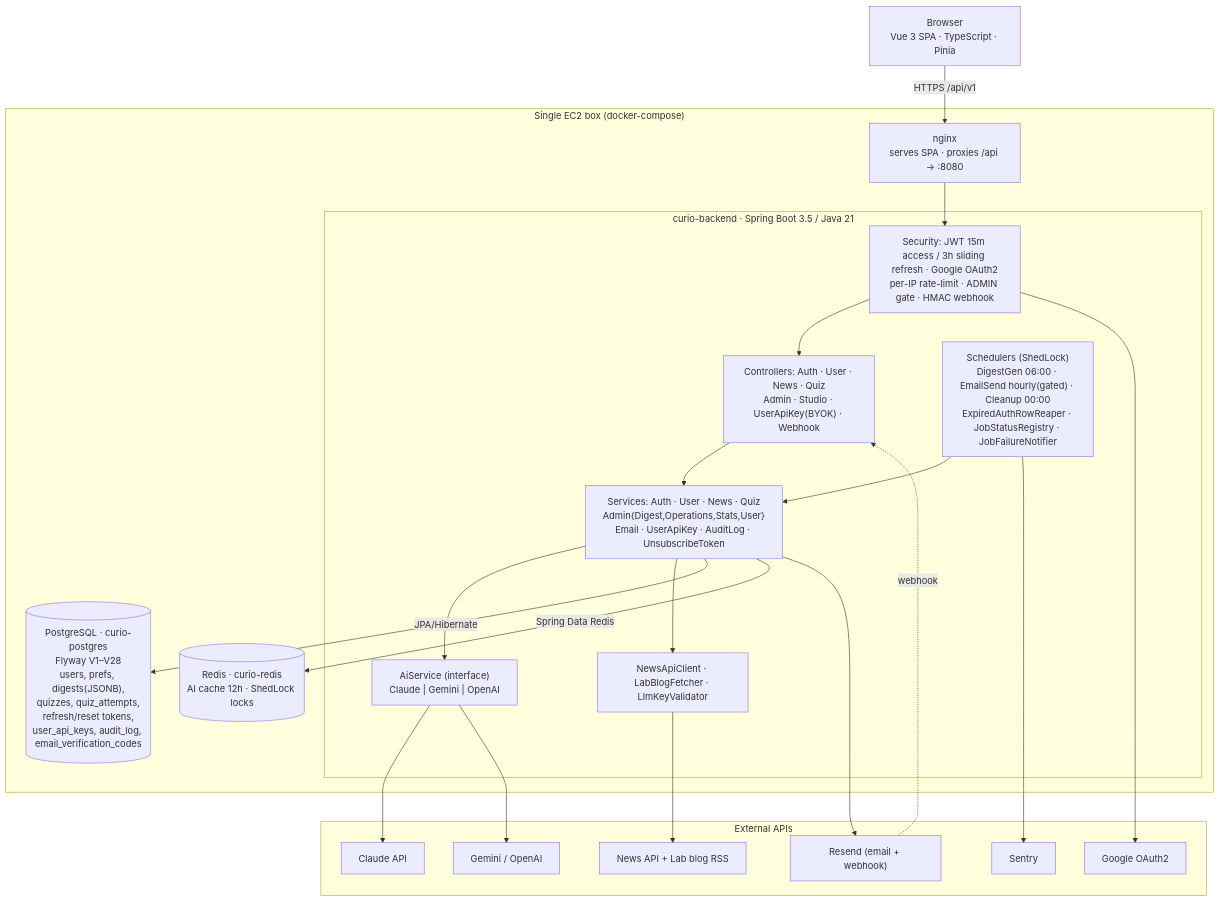
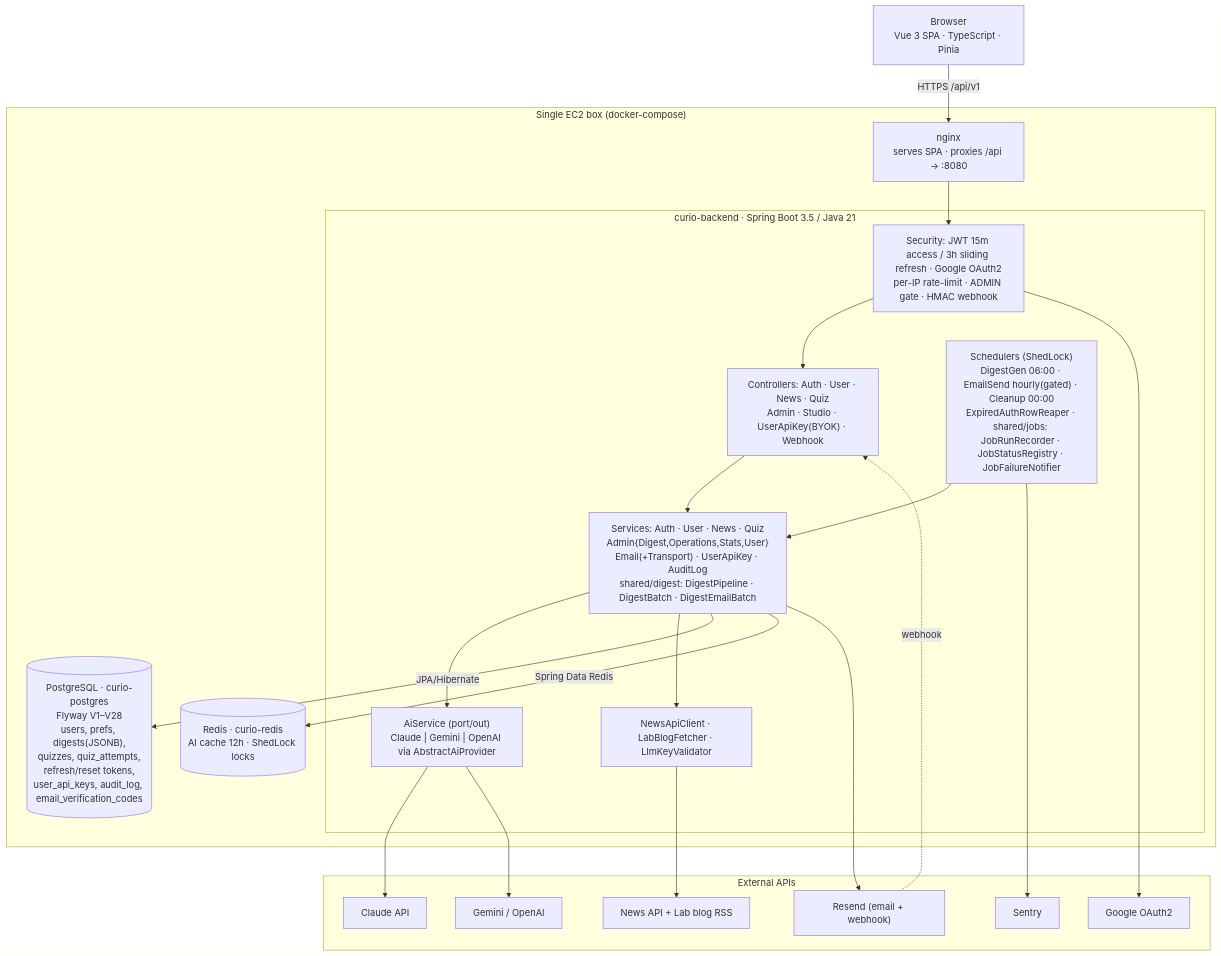
One commit to smyeong123/curio changed the diagram in docs/ARCHITECTURE.md. Above: the diagram before and after it, drawn with Mermaid. The commit also changed other lines of this file and 3 other files, not shown here.

Commit message:
docs: readability refactor — pipeline, jobs, email split, typed DTOs, test counts

````diff
--- a/docs/ARCHITECTURE.md
+++ b/docs/ARCHITECTURE.md
@@ -9,43 +9,43 @@
 ```mermaid
 flowchart TB
     Browser["Browser<br/>Vue 3 SPA · TypeScript · Pinia"]
 
     subgraph EC2["Single EC2 box (docker-compose)"]
         Nginx["nginx<br/>serves SPA · proxies /api → :8080"]
 
         subgraph Backend["curio-backend · Spring Boot 3.5 / Java 21"]
             Sec["Security: JWT 15m access / 3h sliding refresh · Google OAuth2<br/>per-IP rate-limit · ADMIN gate · HMAC webhook"]
             Ctrl["Controllers: Auth · User · News · Quiz<br/>Admin · Studio · UserApiKey(BYOK) · Webhook"]
-            Svc["Services: Auth · User · News · Quiz<br/>Admin{Digest,Operations,Stats,User}<br/>Email · UserApiKey · AuditLog · UnsubscribeToken"]
-            AI["AiService (interface)<br/>Claude | Gemini | OpenAI"]
+            Svc["Services: Auth · User · News · Quiz<br/>Admin{Digest,Operations,Stats,User}<br/>Email(+Transport) · UserApiKey · AuditLog<br/>shared/digest: DigestPipeline · DigestBatch · DigestEmailBatch"]
+            AI["AiService (port/out)<br/>Claude | Gemini | OpenAI via AbstractAiProvider"]
             Fetch["NewsApiClient · LabBlogFetcher · LlmKeyValidator"]
-            Jobs["Schedulers (ShedLock)<br/>DigestGen 06:00 · EmailSend hourly(gated) · Cleanup 00:00<br/>ExpiredAuthRowReaper · JobStatusRegistry · JobFailureNotifier"]
+            Jobs["Schedulers (ShedLock)<br/>DigestGen 06:00 · EmailSend hourly(gated) · Cleanup 00:00<br/>ExpiredAuthRowReaper · shared/jobs: JobRunRecorder · JobStatusRegistry · JobFailureNotifier"]
             Ctrl --> Svc --> AI
             Svc --> Fetch
         end
 
         PG[("PostgreSQL · curio-postgres<br/>Flyway V1–V28<br/>users, prefs, digests(JSONB),<br/>quizzes, quiz_attempts,<br/>refresh/reset tokens,<br/>user_api_keys, audit_log, email_verification_codes")]
         Redis[("Redis · curio-redis<br/>AI cache 12h · ShedLock locks")]
     end
 
     subgraph Ext["External APIs"]
         Claude["Claude API"]
         Gemini["Gemini / OpenAI"]
         NewsAPI["News API + Lab blog RSS"]
         Resend["Resend (email + webhook)"]
         Google["Google OAuth2"]
         Sentry["Sentry"]
     end
 
     Browser -->|HTTPS /api/v1| Nginx --> Sec --> Ctrl
     Svc -->|JPA/Hibernate| PG
     Svc -->|Spring Data Redis| Redis
     Jobs --> Svc
     AI --> Claude
     AI --> Gemini
     Fetch --> NewsAPI
     Svc --> Resend
     Sec --> Google
     Jobs --> Sentry
     Resend -.webhook.-> Ctrl
 ```
````
